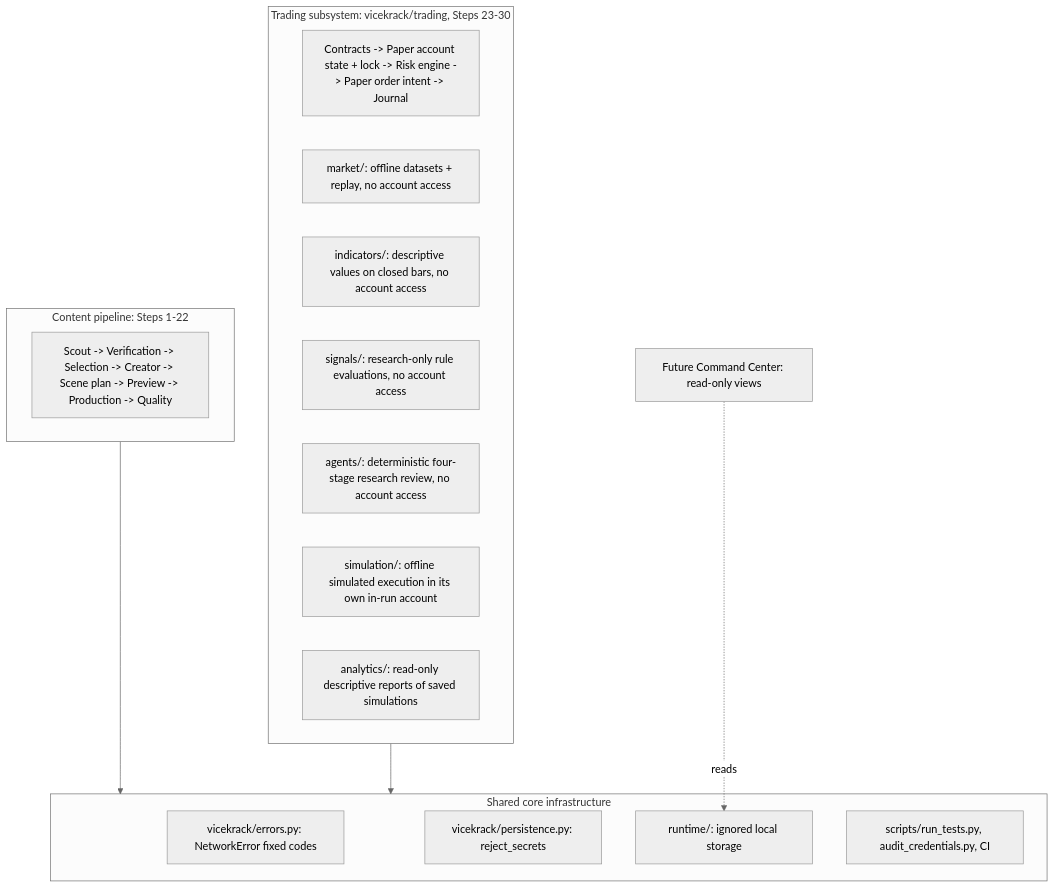
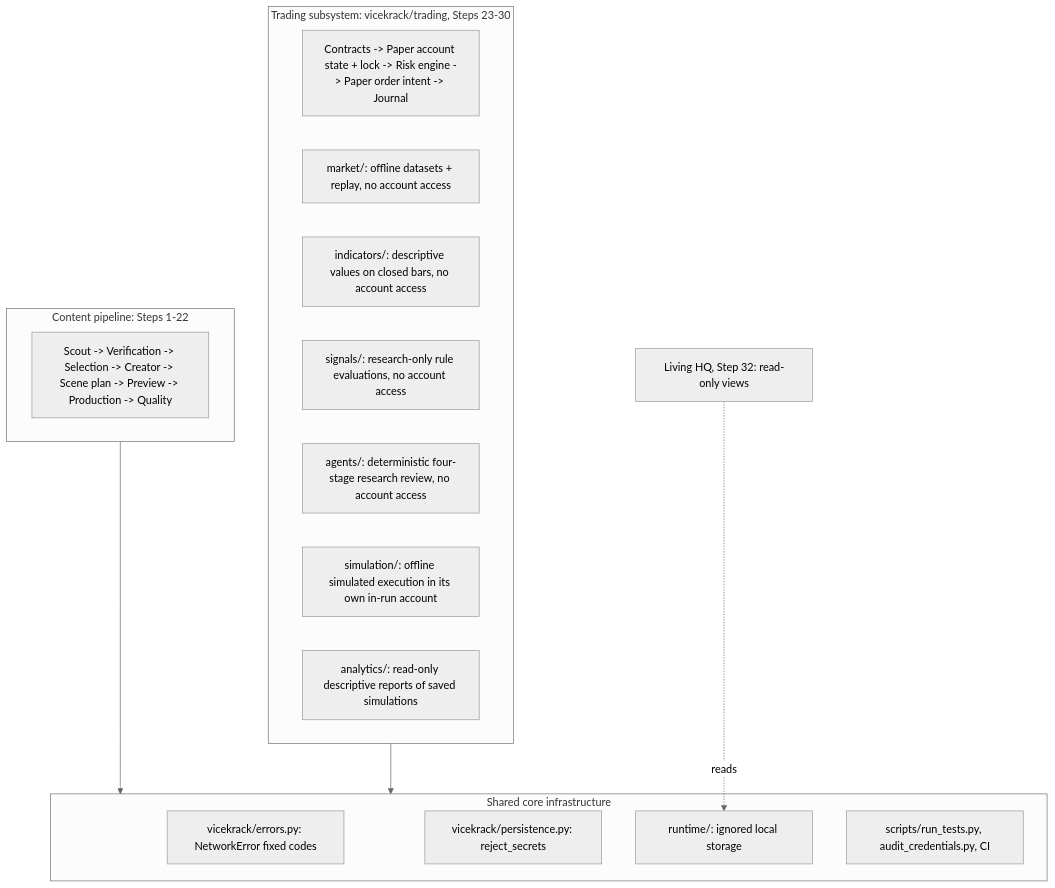
The diagram in docs/subsystems.md (richburtonjr-pixel/-Vicekrack-agent-network), drawn with Mermaid (neutral theme) before and after one commit. The commit also changed other lines of this file and 25 other files, not shown here.

First line of the commit message:
Step 32: ViceKrack Living HQ, a local read-only visual Command Center

````diff
--- a/docs/subsystems.md
+++ b/docs/subsystems.md
@@ -6,25 +6,25 @@
 ```mermaid
 flowchart TB
     subgraph Core[Shared core infrastructure]
         E[vicekrack/errors.py: NetworkError fixed codes]
         P[vicekrack/persistence.py: reject_secrets]
         R[runtime/: ignored local storage]
         CI[scripts/run_tests.py, audit_credentials.py, CI]
     end
     subgraph Content[Content pipeline: Steps 1-22]
         C1[Scout -> Verification -> Selection -> Creator -> Scene plan -> Preview -> Production -> Quality]
     end
     subgraph Trading[Trading subsystem: vicekrack/trading, Steps 23-30]
         T1[Contracts -> Paper account state + lock -> Risk engine -> Paper order intent -> Journal]
         T2[market/: offline datasets + replay, no account access]
         T3[indicators/: descriptive values on closed bars, no account access]
         T4[signals/: research-only rule evaluations, no account access]
         T5[agents/: deterministic four-stage research review, no account access]
         T6[simulation/: offline simulated execution in its own in-run account]
         T7[analytics/: read-only descriptive reports of saved simulations]
     end
-    CC[Future Command Center: read-only views]
+    CC[Living HQ, Step 32: read-only views]
     Content --> Core
     Trading --> Core
     CC -. reads .-> R
 ```
````
